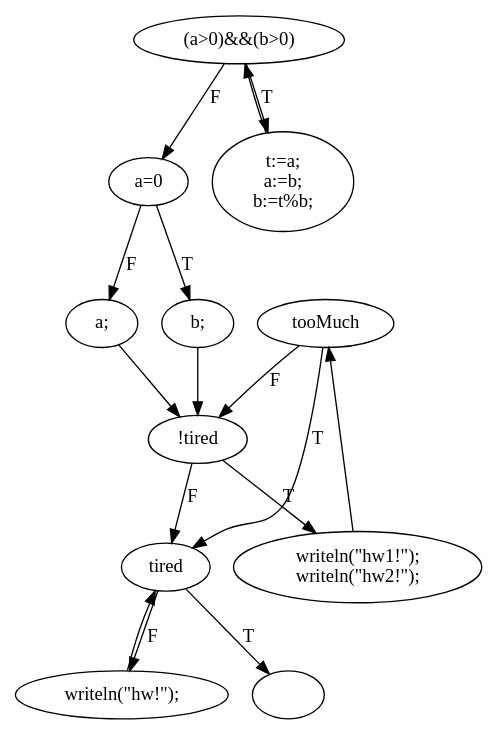
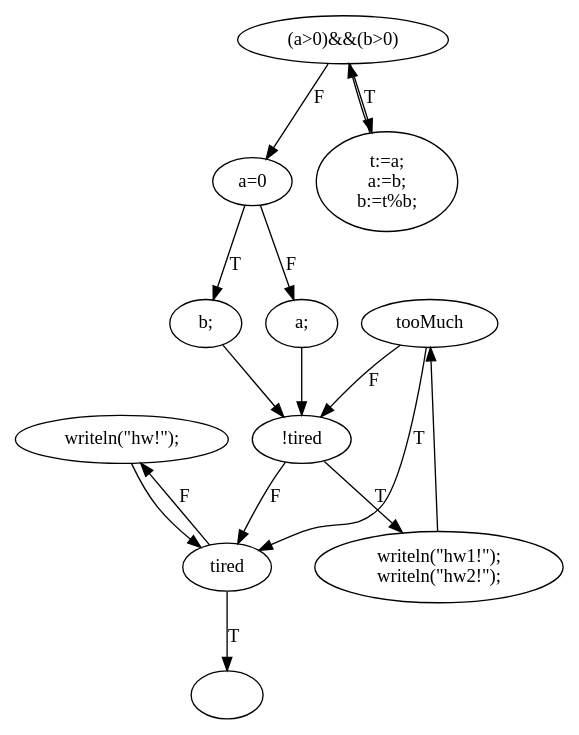
The diagram in program-model-verification/output/lab2_cfg/while.gcd.dot (romagolchin/itmo-masters), drawn with Graphviz before and after one commit. The commit also changed 27 other files, not shown here.

```diff
--- a/program-model-verification/output/lab2_cfg/while.gcd.dot
+++ b/program-model-verification/output/lab2_cfg/while.gcd.dot
@@ -1,31 +1,31 @@
 digraph {
-  0 [label="tired"];
-  1 [label="t:=a;
+  0 [label="writeln(\"hw!\");"];
+  1 [label="tooMuch"];
+  2 [label=""];
+  3 [label="!tired"];
+  4 [label="a=0"];
+  5 [label="(a>0)&&(b>0)"];
+  6 [label="writeln(\"hw1!\");
+writeln(\"hw2!\");"];
+  7 [label="b;"];
+  8 [label="t:=a;
 a:=b;
 b:=t%b;"];
-  2 [label="b;"];
-  3 [label="a=0"];
-  4 [label="writeln(\"hw!\");"];
-  5 [label="(a>0)&&(b>0)"];
-  6 [label="tooMuch"];
-  7 [label="writeln(\"hw1!\");
-writeln(\"hw2!\");"];
-  8 [label=""];
-  9 [label="!tired"];
+  9 [label="tired"];
   10 [label="a;"];
+  6 -> 1 [label=""];
+  5 -> 8 [label="T"];
   9 -> 0 [label="F"];
-  5 -> 3 [label="F"];
-  4 -> 0 [label=""];
-  5 -> 1 [label="T"];
-  0 -> 8 [label="T"];
-  9 -> 7 [label="T"];
-  7 -> 6 [label=""];
-  1 -> 5 [label=""];
-  3 -> 2 [label="T"];
-  0 -> 4 [label="F"];
-  10 -> 9 [label=""];
-  6 -> 9 [label="F"];
-  6 -> 0 [label="T"];
-  2 -> 9 [label=""];
-  3 -> 10 [label="F"];
+  1 -> 9 [label="T"];
+  0 -> 9 [label=""];
+  1 -> 3 [label="F"];
+  7 -> 3 [label=""];
+  3 -> 9 [label="F"];
+  3 -> 6 [label="T"];
+  10 -> 3 [label=""];
+  5 -> 4 [label="F"];
+  9 -> 2 [label="T"];
+  8 -> 5 [label=""];
+  4 -> 7 [label="T"];
+  4 -> 10 [label="F"];
 }
```
